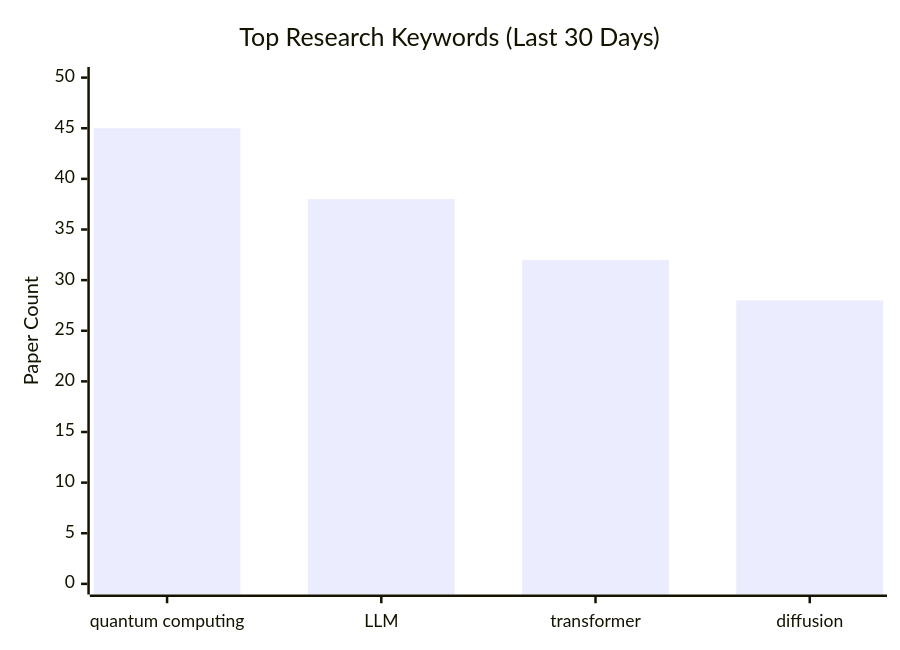
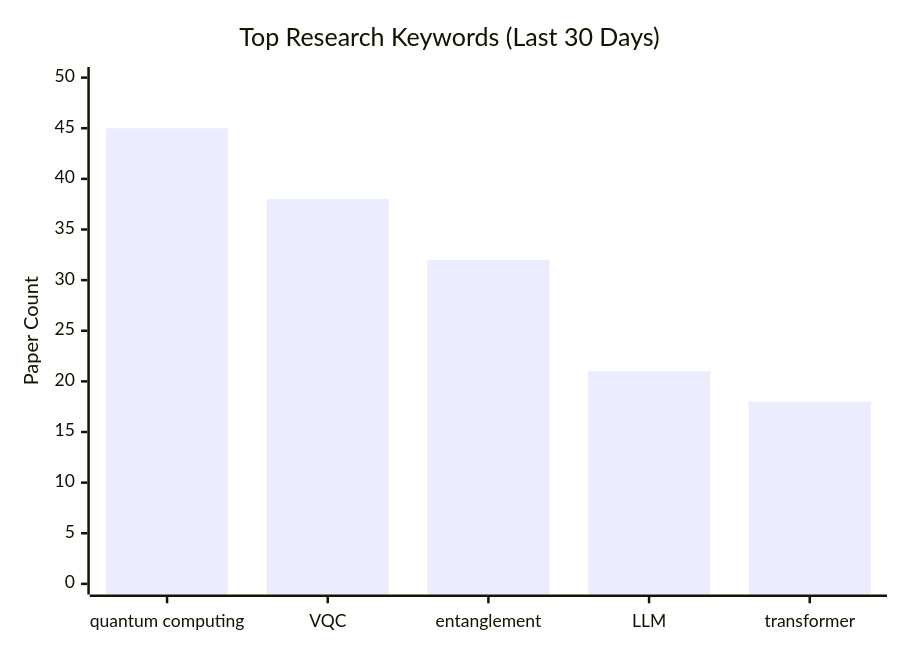
The diagram in README.md (q1w2e3r4-1/arxiv-daily-researcher), drawn with Mermaid before and after one commit. The commit also changed other lines of this file and 44 other files, not shown here.

````diff
--- a/README.md
+++ b/README.md
@@ -206,7 +467,7 @@
 ```mermaid
 xychart-beta
     title "Top Research Keywords (Last 30 Days)"
-    x-axis ["quantum computing", "LLM", "transformer", "diffusion"]
+    x-axis ["quantum computing", "VQC", "entanglement", "LLM", "transformer"]
     y-axis "Paper Count" 0 --> 50
-    bar [45, 38, 32, 28]
+    bar [45, 38, 32, 21, 18]
 ```
````
